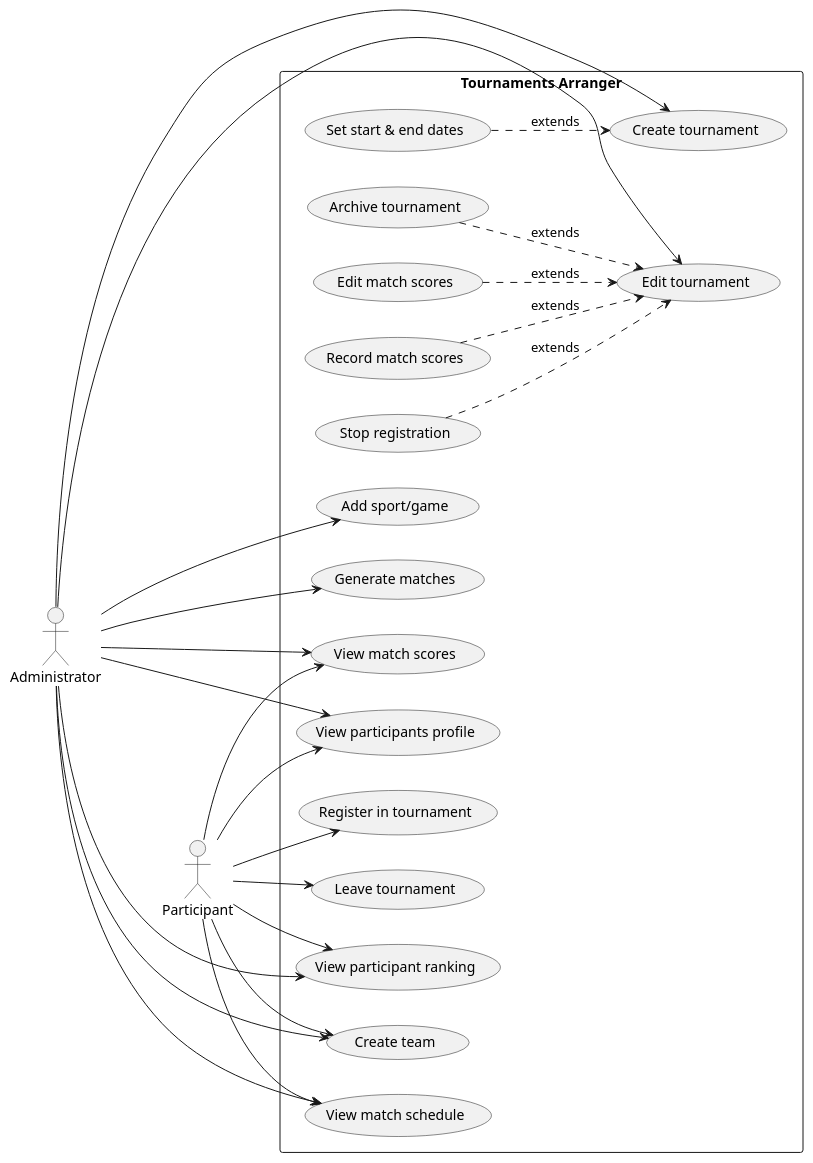
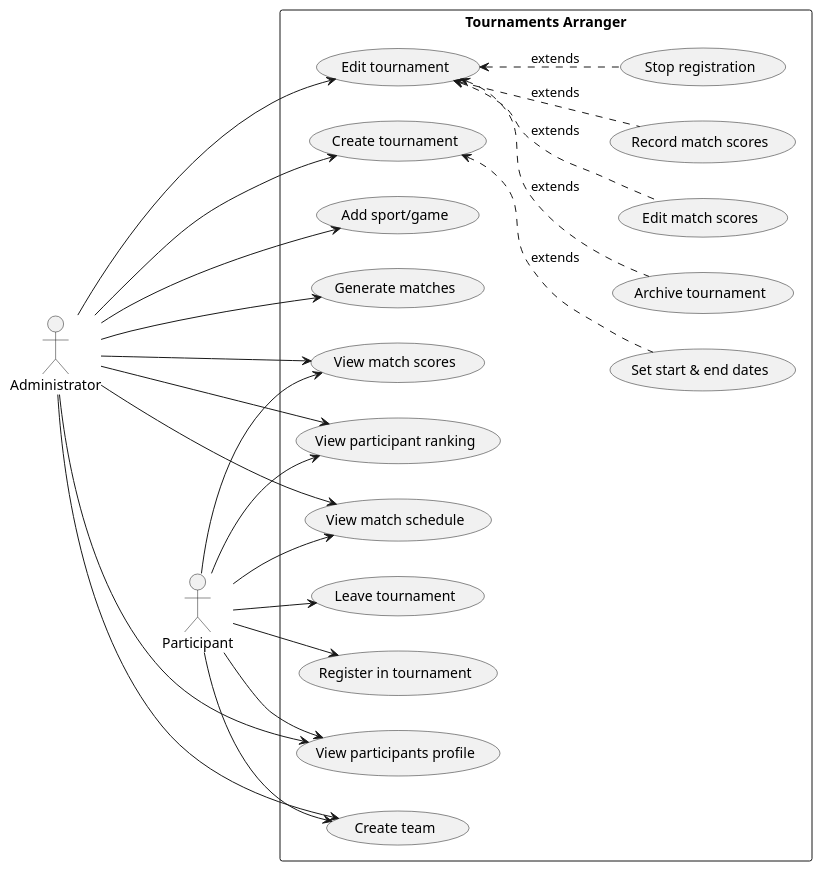
One commit to hassain-saeed28/tournaments-arranger changed the diagram in docs/phase_1/use_case_diagram.puml. Above: the diagram before and after it, drawn with PlantUML. The commit also changed 1 other file, not shown here.

Commit message:
docs: style use case diagram to make extends in the right (#8)

```diff
--- a/docs/phase_1/use_case_diagram.puml
+++ b/docs/phase_1/use_case_diagram.puml
@@ -1,53 +1,53 @@
 @startuml project
 left to right direction
 
 actor Administrator as admin
 actor Participant as particip
 
 rectangle "Tournaments Arranger" {
     usecase "Create tournament" as create_tournaments
     usecase "Set start & end dates" as set_dates
-    set_dates --> create_tournaments #line.dashed : extends
+    set_dates -up-> create_tournaments #line.dashed : extends
 
     usecase "Edit tournament" as edit_tournament_data
     usecase "Edit match scores" as edit_match_scores
-    edit_match_scores --> edit_tournament_data #line.dashed : extends
+    edit_match_scores -up-> edit_tournament_data #line.dashed : extends
     usecase "Record match scores" as record_match_scores
-    record_match_scores --> edit_tournament_data #line.dashed : extends
+    record_match_scores -up-> edit_tournament_data #line.dashed : extends
     usecase "Stop registration" as stop_registration
-    stop_registration --> edit_tournament_data #line.dashed : extends
+    stop_registration -up-> edit_tournament_data #line.dashed : extends
     usecase "Archive tournament" as archive_tournament
-    archive_tournament --> edit_tournament_data #line.dashed : extends
+    archive_tournament -up-> edit_tournament_data #line.dashed : extends
 
     usecase "View match scores" as view_match_scores
     usecase "View participant ranking" as view_participant_ranking
     usecase "View match schedule" as view_match_schedule
     usecase "Add sport/game" as add_sport_game
 
 
     usecase "View participants profile" as view_participant_profile
     usecase "Create team" as create_team
     usecase "Generate matches" as generate_matches
     usecase "Leave tournament" as leave_tournament
     usecase "Register in tournament" as register_in_tournament
 }
 
 admin --> create_tournaments
 admin --> edit_tournament_data
 admin --> generate_matches
 admin --> add_sport_game
 
 admin ---> view_match_schedule
 particip --> view_match_schedule
 admin --> view_participant_ranking
 particip --> view_participant_ranking
 admin --> create_team
 particip --> create_team
 admin --> view_participant_profile
 particip --> view_participant_profile
 admin --> view_match_scores
 particip --> view_match_scores
 
 particip --> register_in_tournament
 particip --> leave_tournament
 @enduml
```
